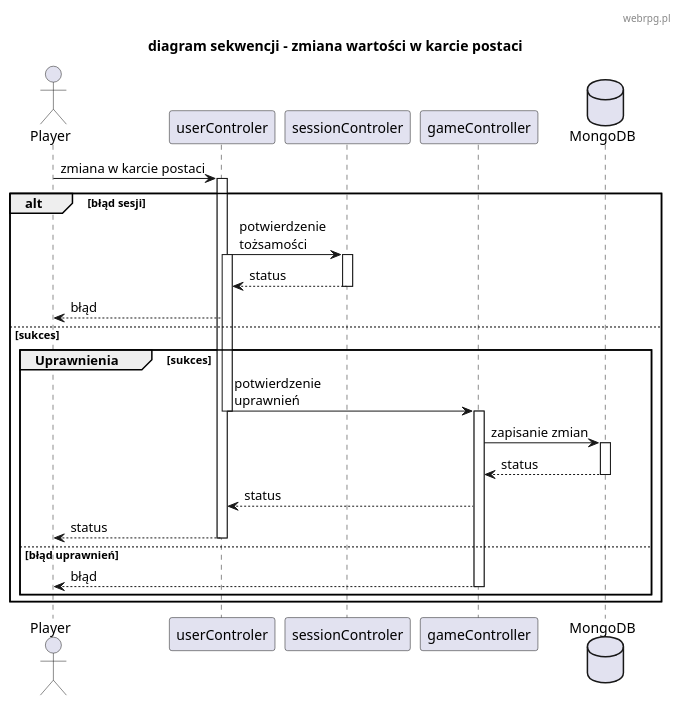
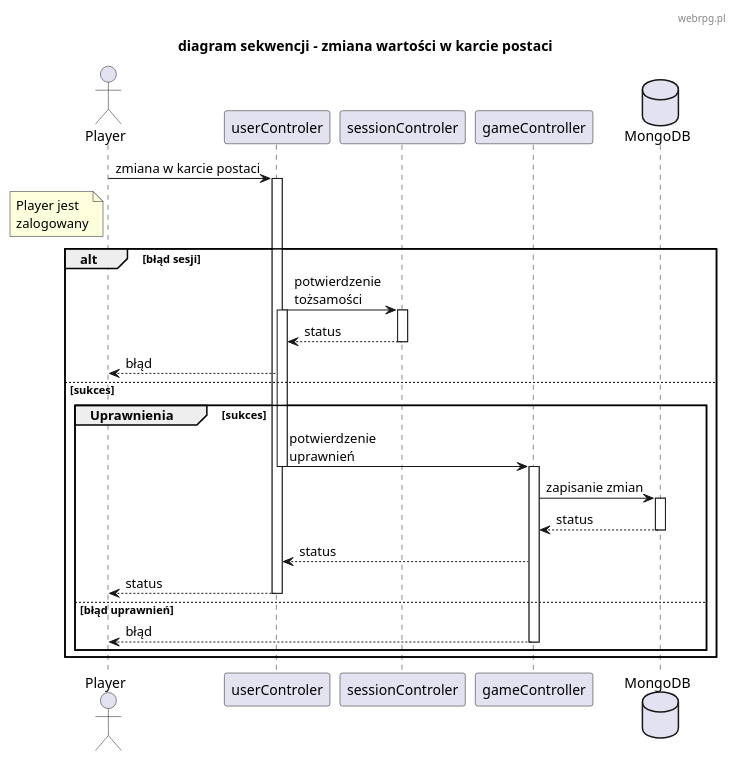
One commit to TheVivent-Politechnika-Lodzka/io_webrpg changed the diagram in diagrams/diagram_sekwencji2.plantuml. Above: the diagram before and after it, drawn with PlantUML. The commit also changed 2 other files, not shown here.

```diff
--- a/diagrams/diagram_sekwencji2.plantuml
+++ b/diagrams/diagram_sekwencji2.plantuml
@@ -1,45 +1,51 @@
 @startuml
 skinparam defaultFontName "Comic Sans MS"
 header webrpg.pl
 title "diagram sekwencji - zmiana wartości w karcie postaci"
 
 actor Player
 participant "userControler" as UserController
 participant "sessionControler" as SessionControler
 participant "gameController" as GameController
 database MongoDB as db
 
 Player -> UserController : zmiana w karcie postaci
 activate UserController
 
+note left of Player: Player jest\nzalogowany 
+
 alt błąd sesji
+
     UserController -> SessionControler : potwierdzenie\ntożsamości
-    activate UserController
-    activate SessionControler
+        activate UserController
+        activate SessionControler
     SessionControler --> UserController : status
-    deactivate SessionControler
+        deactivate SessionControler
     UserController --> Player : błąd
 
 else sukces
 
     group Uprawnienia [sukces]
+
         UserController -> GameController : potwierdzenie\nuprawnień
-        deactivate UserController
-        activate GameController
+            deactivate UserController
+            activate GameController
         GameController -> db : zapisanie zmian
-        activate db
+            activate db
         db --> GameController : status
-        deactivate db
+            deactivate db
         GameController --> UserController : status 
         UserController --> Player : status
-        deactivate UserController
+            deactivate UserController
+
     else błąd uprawnień 
+
         GameController --> Player : błąd
-        deactivate GameController
+            deactivate GameController
 
 end
 end
 
 
 
 @enduml
```
